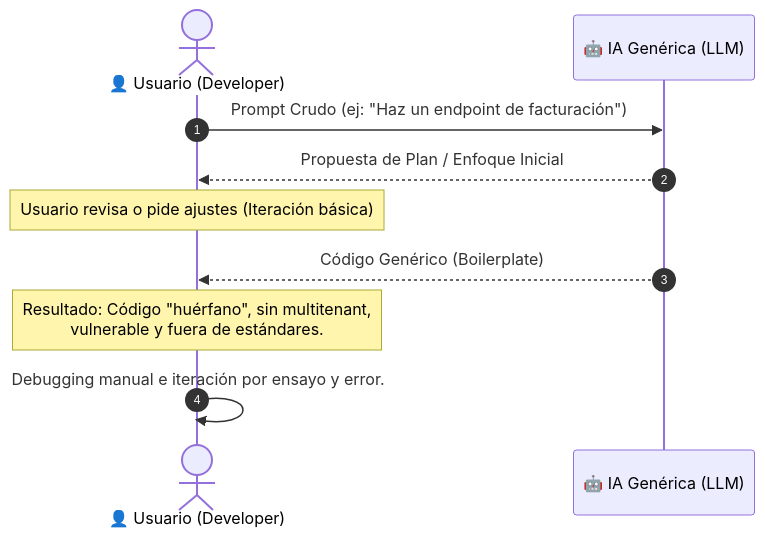
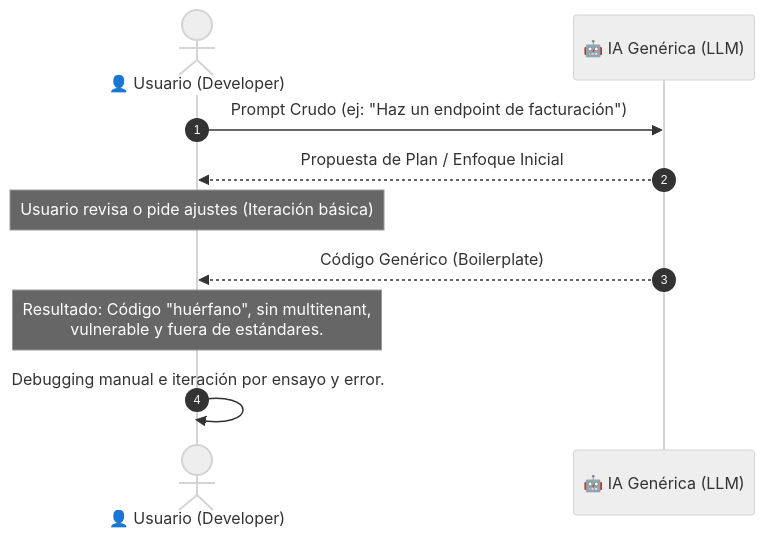
One commit to gerenciaqdoora/qdoora-references changed the first of 4 diagrams in DIAGRAMA_SEC_IA.md. Above: the diagram before and after it, drawn with Mermaid. The commit also changed other lines of this file and 2 other files, not shown here.

Commit message:
docs(ia): rediseñar diagramas de secuencia Mermaid y agregar Prompt Executor

````diff
--- a/DIAGRAMA_SEC_IA.md
+++ b/DIAGRAMA_SEC_IA.md
@@ -11,12 +11,13 @@
 ```mermaid
+%%{init: {'theme': 'neutral'}}%%
 sequenceDiagram
     autonumber
     actor U as 👤 Usuario (Developer)
     participant IA as 🤖 IA Genérica (LLM)
     U->>IA: Prompt Crudo (ej: "Haz un endpoint de facturación")
     IA-->>U: Propuesta de Plan / Enfoque Inicial
     Note over U: Usuario revisa o pide ajustes (Iteración básica)
     IA-->>U: Código Genérico (Boilerplate)
     Note over U: Resultado: Código "huérfano", sin multitenant,<br/>vulnerable y fuera de estándares.
     U->>U: Debugging manual e iteración por ensayo y error.
 ```
````
